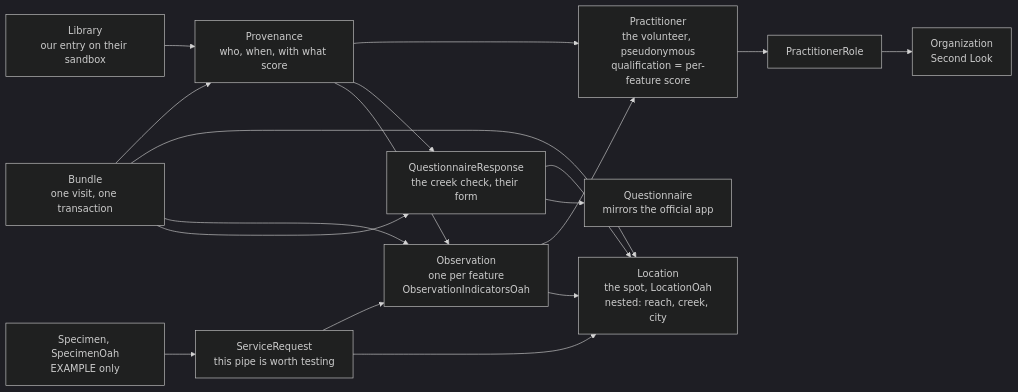
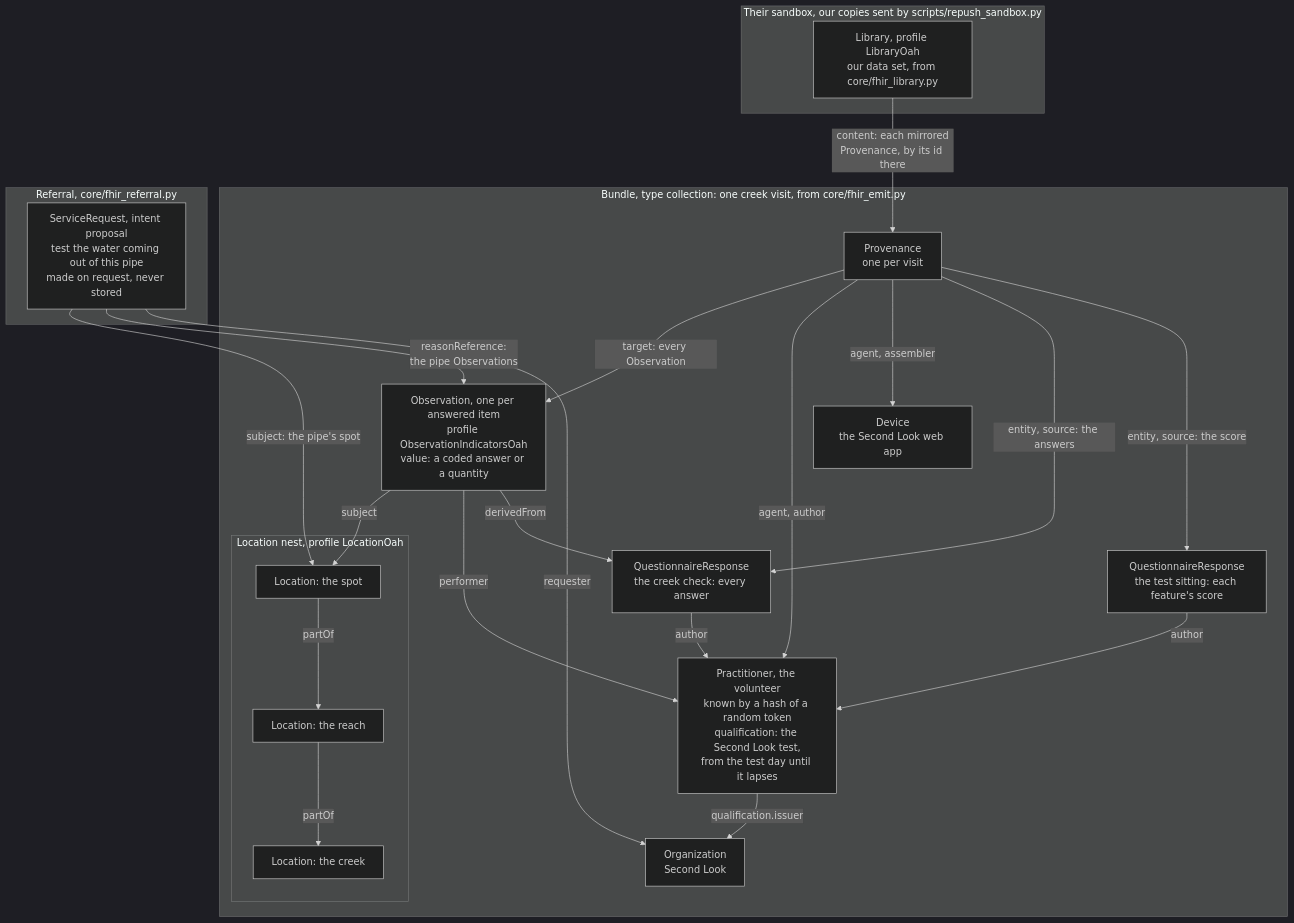
One commit to alejandro-publius/second-look changed the second of 3 diagrams in docs/ARCHITECTURE.md. Above: the diagram before and after it, drawn with Mermaid (dark theme). The commit also changed other lines of this file, not shown here.

First line of the commit message:
ARCHITECTURE.md shows the three new diagrams word for word

````diff
--- a/docs/ARCHITECTURE.md
+++ b/docs/ARCHITECTURE.md
@@ -95,31 +129,42 @@
 ```mermaid
-flowchart LR
-  PR["Practitioner<br/>the volunteer, pseudonymous<br/>qualification = per-feature score"]
-  PRL["PractitionerRole"]
-  ORG["Organization<br/>Second Look"]
-  QR["QuestionnaireResponse<br/>the creek check, their form"]
-  QN["Questionnaire<br/>mirrors the official app"]
-  OBS["Observation<br/>one per feature<br/>ObservationIndicatorsOah"]
-  LOC["Location<br/>the spot, LocationOah<br/>nested: reach, creek, city"]
-  PROV["Provenance<br/>who, when, with what score"]
-  SR["ServiceRequest<br/>this pipe is worth testing"]
-  SPEC["Specimen, SpecimenOah<br/>EXAMPLE only"]
-  LIB["Library<br/>our entry on their sandbox"]
-  BUN["Bundle<br/>one visit, one transaction"]
-  PR --> PRL --> ORG
-  QR --> QN
-  QR --> LOC
-  OBS --> LOC
-  OBS --> PR
-  PROV --> OBS
-  PROV --> QR
-  PROV --> PR
-  SR --> LOC
-  SR --> OBS
-  SPEC --> SR
-  BUN --> QR
-  BUN --> OBS
-  BUN --> LOC
-  BUN --> PROV
-  LIB --> PROV
+flowchart TB
+  accTitle: The FHIR resources of one creek visit, and how they point at each other
+  accDescr: One creek visit is emitted as a collection Bundle by core/fhir_emit.py. Its Observations sit on the spot, which is part of a reach, which is part of a creek. Each Observation names the volunteer as performer and the creek check answers as its source. The volunteer is a pseudonymous Practitioner whose dated qualification is issued by Second Look, and the test sitting with the per-feature score is authored by the same Practitioner. One Provenance ties every Observation to the volunteer, the software and both sets of answers. A pipe worth testing becomes a ServiceRequest made on request by core/fhir_referral.py, and our Library entry on their sandbox lists the mirrored Provenance.
+  subgraph VISIT["Bundle, type collection: one creek visit, from core/fhir_emit.py"]
+    ORG["Organization<br/>Second Look"]
+    DEV["Device<br/>the Second Look web app"]
+    PRAC["Practitioner, the volunteer<br/>known by a hash of a random token<br/>qualification: the Second Look test,<br/>from the test day until it lapses"]
+    QRT["QuestionnaireResponse<br/>the test sitting: each feature's score"]
+    QRV["QuestionnaireResponse<br/>the creek check: every answer"]
+    OBS["Observation, one per answered item<br/>profile ObservationIndicatorsOah<br/>value: a coded answer or a quantity"]
+    PROV["Provenance<br/>one per visit"]
+    subgraph NEST["Location nest, profile LocationOah"]
+      SPOT["Location: the spot"]
+      REACH["Location: the reach"]
+      CREEK["Location: the creek"]
+    end
+  end
+  subgraph REFER["Referral, core/fhir_referral.py"]
+    SR["ServiceRequest, intent proposal<br/>test the water coming out of this pipe<br/>made on request, never stored"]
+  end
+  subgraph SANDBOX["Their sandbox, our copies sent by scripts/repush_sandbox.py"]
+    LIB["Library, profile LibraryOah<br/>our data set, from core/fhir_library.py"]
+  end
+  SPOT -- "partOf" --> REACH
+  REACH -- "partOf" --> CREEK
+  PRAC -- "qualification.issuer" --> ORG
+  QRT -- "author" --> PRAC
+  QRV -- "author" --> PRAC
+  OBS -- "subject" --> SPOT
+  OBS -- "performer" --> PRAC
+  OBS -- "derivedFrom" --> QRV
+  PROV -- "target: every Observation" --> OBS
+  PROV -- "agent, author" --> PRAC
+  PROV -- "agent, assembler" --> DEV
+  PROV -- "entity, source: the answers" --> QRV
+  PROV -- "entity, source: the score" --> QRT
+  SR -- "subject: the pipe's spot" --> SPOT
+  SR -- "reasonReference:<br/>the pipe Observations" --> OBS
+  SR -- "requester" --> ORG
+  LIB -- "content: each mirrored<br/>Provenance, by its id there" --> PROV
 ```
````
